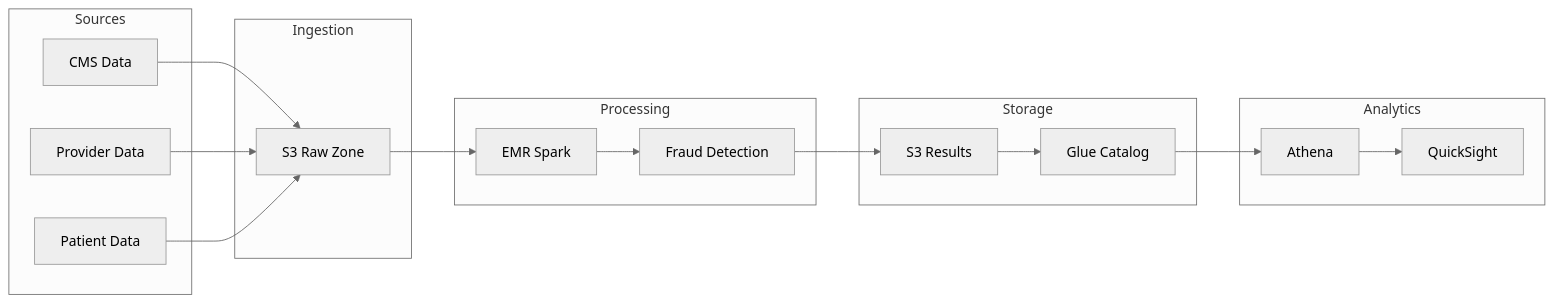
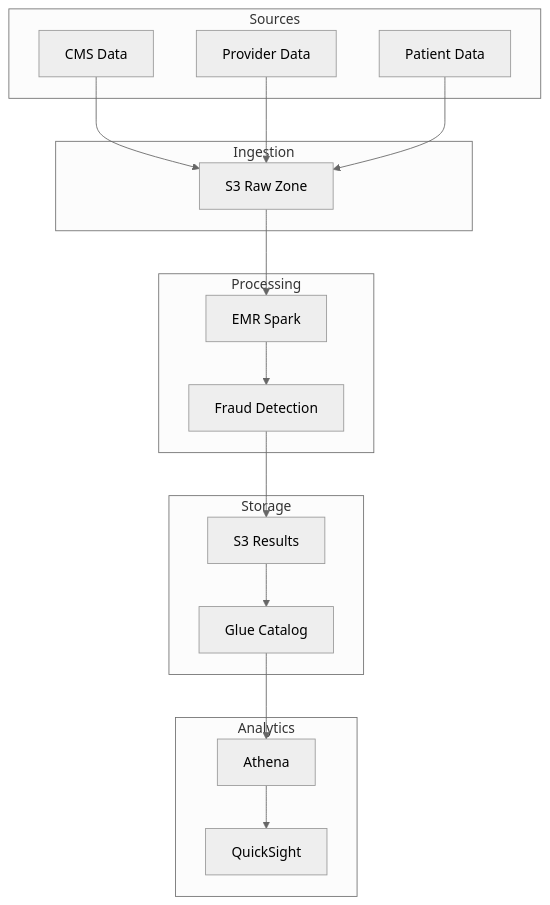
Before and after one commit to caverac/insurance-fraud-detection: the first of 2 diagrams in packages/docs/docs/architecture/data-flow.md, drawn with Mermaid (neutral theme). The commit also changed 14 other files, not shown here.

````diff
--- a/packages/docs/docs/architecture/data-flow.md
+++ b/packages/docs/docs/architecture/data-flow.md
@@ -5,37 +5,37 @@
 ```mermaid
-graph LR
+graph TB
     subgraph Sources
         A[CMS Data]
         B[Provider Data]
         C[Patient Data]
     end
 
     subgraph Ingestion
         D[S3 Raw Zone]
     end
 
     subgraph Processing
         E[EMR Spark]
         F[Fraud Detection]
     end
 
     subgraph Storage
         G[S3 Results]
         H[Glue Catalog]
     end
 
     subgraph Analytics
         I[Athena]
         J[QuickSight]
     end
 
     A --> D
     B --> D
     C --> D
     D --> E
     E --> F
     F --> G
     G --> H
     H --> I
     I --> J
 ```
````
